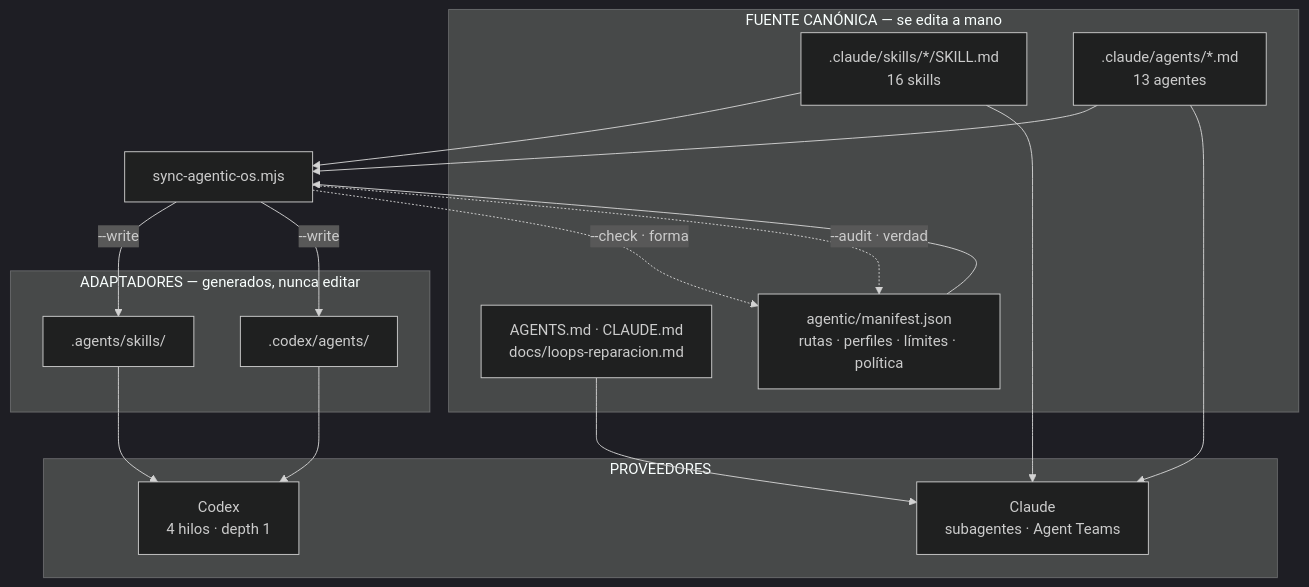
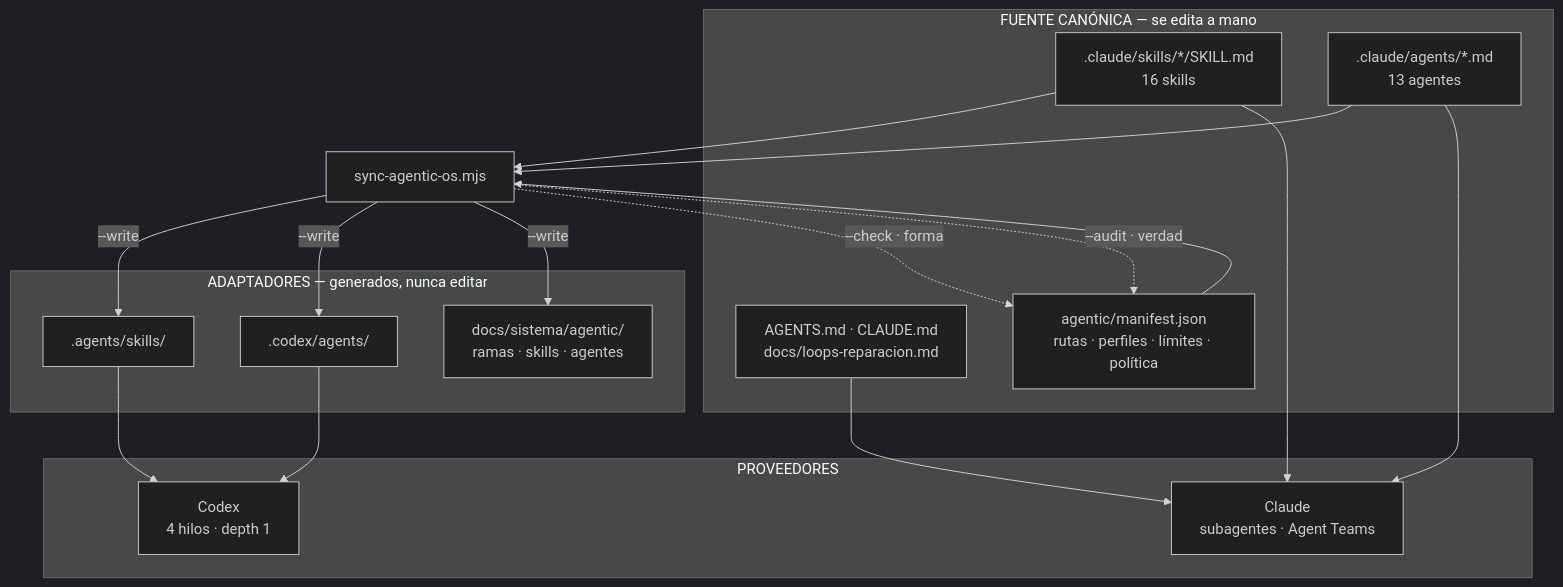
One commit to GonzaloAlmendariz/prosecnur-app changed the first of 2 diagrams in docs/agentic-os.md. Above: the diagram before and after it, drawn with Mermaid (dark theme). The commit also changed other lines of this file and 307 other files, not shown here.

````diff
--- a/docs/agentic-os.md
+++ b/docs/agentic-os.md
@@ -20,30 +20,32 @@
 ```mermaid
 flowchart TB
   subgraph FUENTE["FUENTE CANÓNICA — se edita a mano"]
     I["AGENTS.md · CLAUDE.md<br/>docs/loops-reparacion.md"]
     S[".claude/skills/*/SKILL.md<br/>16 skills"]
     A[".claude/agents/*.md<br/>13 agentes"]
     M["agentic/manifest.json<br/>rutas · perfiles · límites · política"]
   end
   subgraph GEN["ADAPTADORES — generados, nunca editar"]
     CS[".agents/skills/"]
     CA[".codex/agents/"]
+    DG["docs/sistema/agentic/<br/>ramas · skills · agentes"]
   end
   subgraph PROV["PROVEEDORES"]
     CL["Claude<br/>subagentes · Agent Teams"]
     CX["Codex<br/>4 hilos · depth 1"]
   end
   SY["sync-agentic-os.mjs"]
   S --> SY
   A --> SY
   M --> SY
   SY -->|--write| CS
   SY -->|--write| CA
+  SY -->|--write| DG
   I --> CL
   S --> CL
   A --> CL
   CS --> CX
   CA --> CX
   SY -.->|--check · forma| M
   SY -.->|--audit · verdad| M
 ```
````
